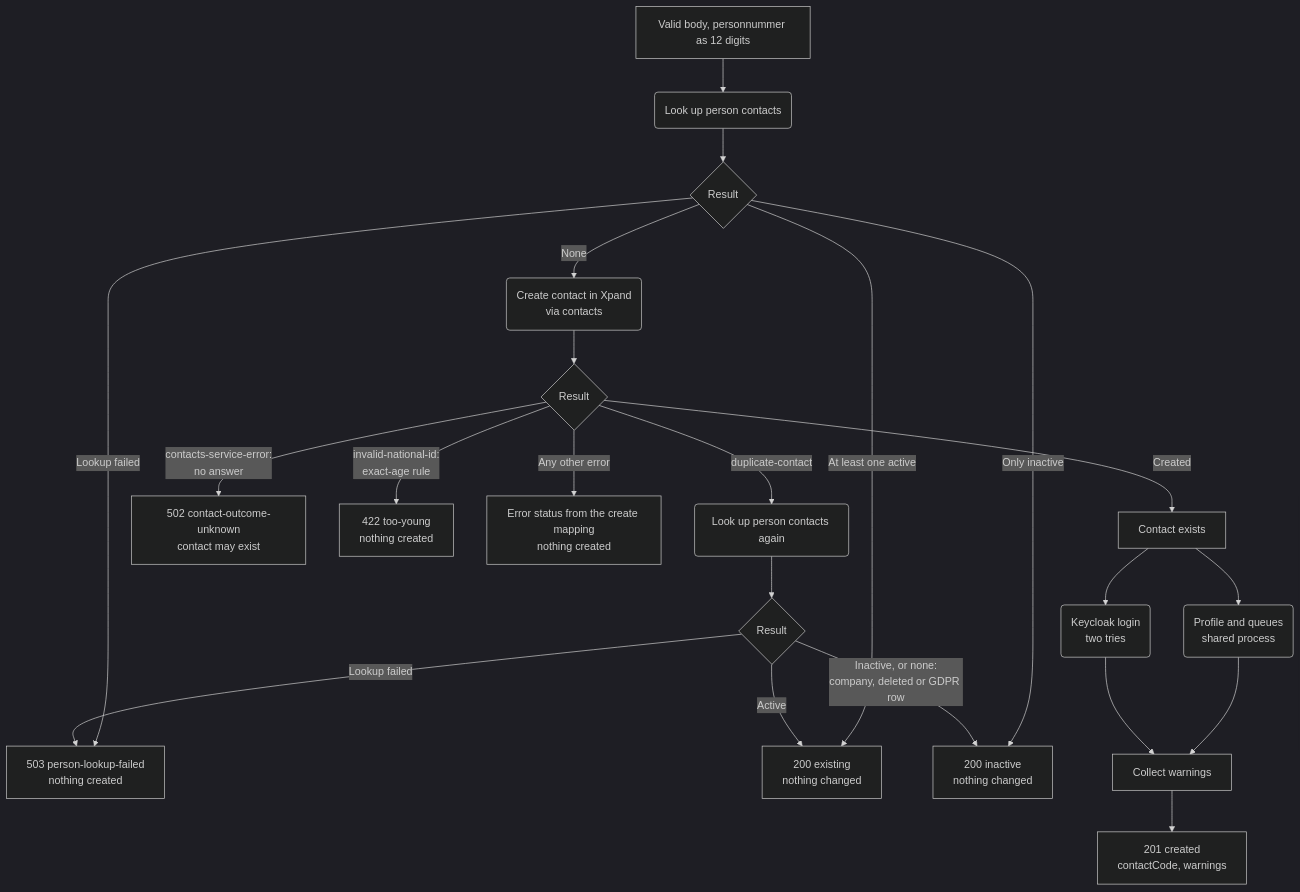
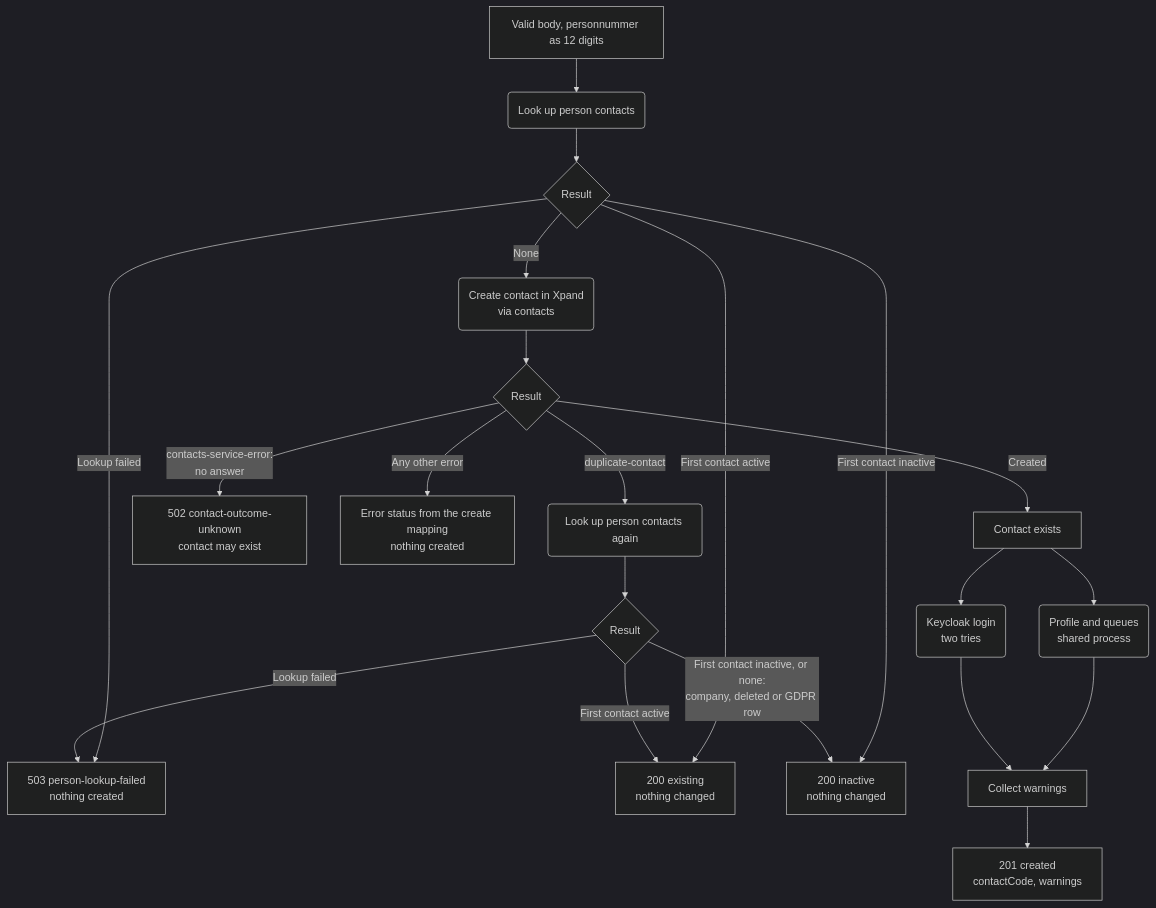
One commit to Bostads-AB-Mimer/onecore changed the first of 2 diagrams in core/src/processes/contacts/DOCS_Register_Applicant.md. Above: the diagram before and after it, drawn with Mermaid (dark theme). The commit also changed other lines of this file and 7 other files, not shown here.

````diff
--- a/core/src/processes/contacts/DOCS_Register_Applicant.md
+++ b/core/src/processes/contacts/DOCS_Register_Applicant.md
@@ -29,27 +29,26 @@
 ```mermaid
 flowchart TD
 A[Valid body, personnummer as 12 digits] --> L(Look up person contacts)
 L --> Lo{Result}
 Lo --> |Lookup failed| F1[503 person-lookup-failed<br/>nothing created]
-Lo --> |At least one active| E[200 existing<br/>nothing changed]
-Lo --> |Only inactive| I[200 inactive<br/>nothing changed]
+Lo --> |First contact active| E[200 existing<br/>nothing changed]
+Lo --> |First contact inactive| I[200 inactive<br/>nothing changed]
 Lo --> |None| C(Create contact in Xpand<br/>via contacts)
 
 C --> Co{Result}
 Co --> |duplicate-contact| L2(Look up person contacts again)
 Co --> |contacts-service-error:<br/>no answer| U[502 contact-outcome-unknown<br/>contact may exist]
-Co --> |invalid-national-id:<br/>exact-age rule| Y[422 too-young<br/>nothing created]
 Co --> |Any other error| F2[Error status from the create mapping<br/>nothing created]
 Co --> |Created| S
 
 L2 --> L2o{Result}
-L2o --> |Active| E
-L2o --> |Inactive, or none:<br/>company, deleted or GDPR row| I
+L2o --> |First contact active| E
+L2o --> |First contact inactive, or none:<br/>company, deleted or GDPR row| I
 L2o --> |Lookup failed| F1
 
 S[Contact exists] --> P(Profile and queues<br/>shared process)
 S --> K(Keycloak login<br/>two tries)
 P --> W
 K --> W
 W[Collect warnings] --> R[201 created<br/>contactCode, warnings]
 ```
````
